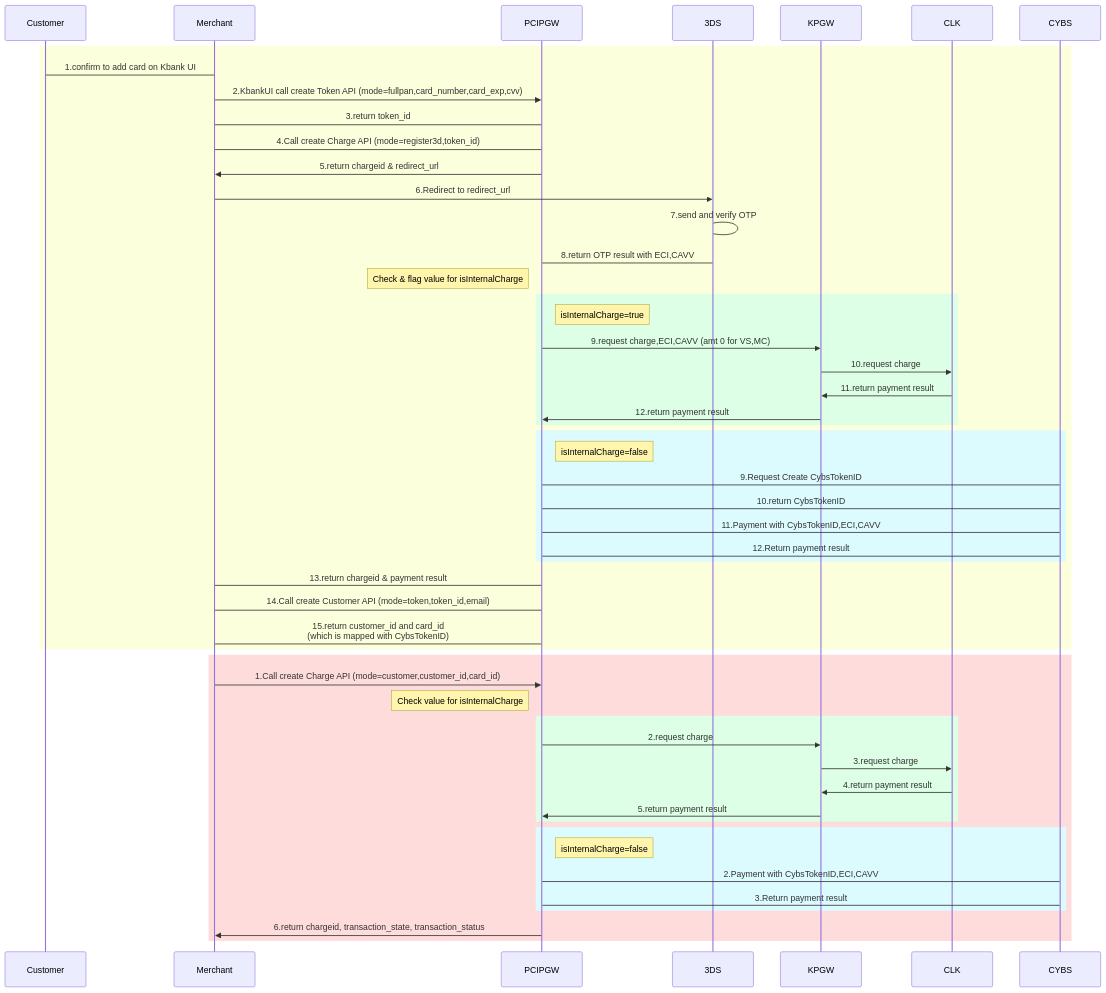
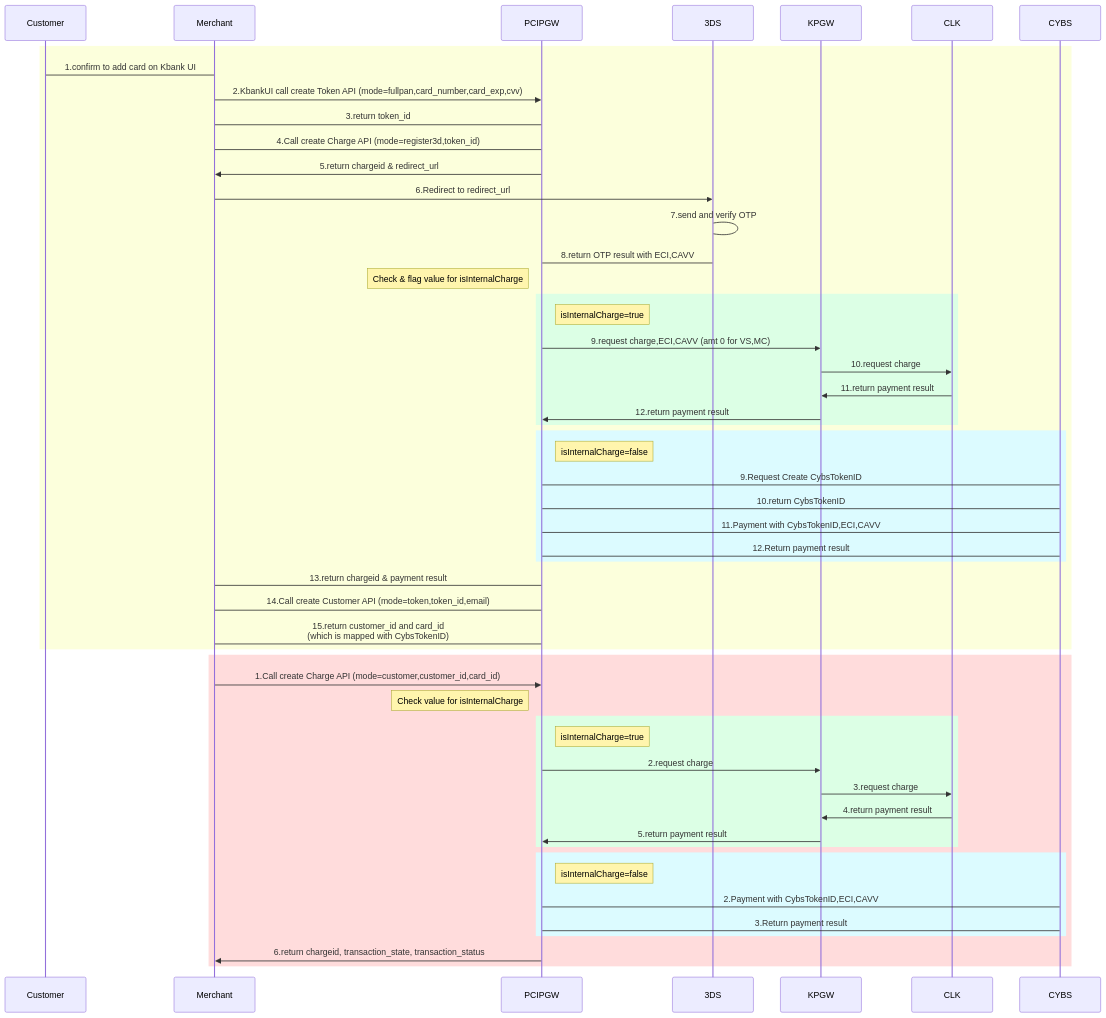
One commit to yuusuke25/MyNotes changed the fourth of 6 diagrams in Cybs-Ph2-Flow1.md. Above: the diagram before and after it, drawn with Mermaid. The commit also changed other lines of this file, not shown here.

````diff
--- a/Cybs-Ph2-Flow1.md
+++ b/Cybs-Ph2-Flow1.md
@@ -110,53 +116,54 @@
 ```mermaid
     sequenceDiagram
         rect rgb(252, 255, 220)
             Customer->Merchant:1.confirm to add card on Kbank UI
             Merchant->>PCIPGW:2.KbankUI call create Token API (mode=fullpan,card_number,card_exp,cvv)
             PCIPGW->Merchant:3.return token_id
 
             Merchant->PCIPGW:4.Call create Charge API (mode=register3d,token_id)
             PCIPGW->>Merchant:5.return chargeid & redirect_url
 
             Merchant->>3DS:6.Redirect to redirect_url
             3DS->3DS:7.send and verify OTP
             3DS->PCIPGW:8.return OTP result with ECI,CAVV
             
             Note left of PCIPGW: Check & flag value for isInternalCharge
             rect rgb(220, 255, 229)
                 Note right of PCIPGW: isInternalCharge=true
                 PCIPGW->>KPGW:9.request charge,ECI,CAVV (amt 0 for VS,MC)
                 KPGW->>CLK:10.request charge
                 CLK->>KPGW:11.return payment result
                 KPGW->>PCIPGW:12.return payment result
             end
             rect rgb(220, 251, 255)
                 Note right of PCIPGW: isInternalCharge=false
                 PCIPGW->CYBS:9.Request Create CybsTokenID
                 CYBS->PCIPGW:10.return CybsTokenID
                 PCIPGW->CYBS:11.Payment with CybsTokenID,ECI,CAVV
                 CYBS->PCIPGW:12.Return payment result
             end
             
             PCIPGW->Merchant:13.return chargeid & payment result
 
             Merchant->PCIPGW:14.Call create Customer API (mode=token,token_id,email)
             PCIPGW->Merchant:15.return customer_id and card_id <br>(which is mapped with CybsTokenID)
         end
         
         rect rgb(255, 220, 220)
             Merchant->>PCIPGW:1.Call create Charge API (mode=customer,customer_id,card_id)
             Note left of PCIPGW: Check value for isInternalCharge
             rect rgb(220, 255, 229)
+                Note right of PCIPGW: isInternalCharge=true
                 PCIPGW->>KPGW:2.request charge
                 KPGW->>CLK:3.request charge
                 CLK->>KPGW:4.return payment result
                 KPGW->>PCIPGW:5.return payment result
             end
             rect rgb(220, 251, 255)
                 Note right of PCIPGW: isInternalCharge=false
                 PCIPGW->CYBS:2.Payment with CybsTokenID,ECI,CAVV
                 CYBS->PCIPGW:3.Return payment result
             end
             PCIPGW->>Merchant:6.return chargeid, transaction_state, transaction_status
         end
 ```
````
